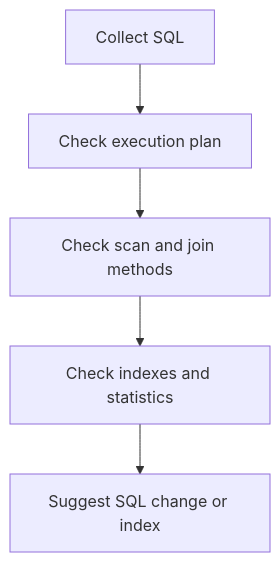
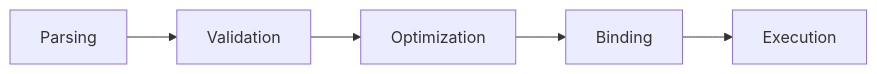
One commit to et16kr/AltibaseDocuments changed the second of 8 diagrams in GPTs/attachments/08_performance_tuning_monitoring.md. Above: the diagram before and after it, drawn with Mermaid. The commit also changed other lines of this file and 1 other file, not shown here.

````diff
--- a/GPTs/attachments/08_performance_tuning_monitoring.md
+++ b/GPTs/attachments/08_performance_tuning_monitoring.md
@@ -35,7 +196,7 @@
 ```mermaid
-flowchart TD
-  A[Collect SQL] --> B[Check execution plan]
-  B --> C[Check scan and join methods]
-  C --> D[Check indexes and statistics]
-  D --> E[Suggest SQL change or index]
+flowchart LR
+  A[Parsing] --> B[Validation]
+  B --> C[Optimization]
+  C --> D[Binding]
+  D --> E[Execution]
 ```
````
